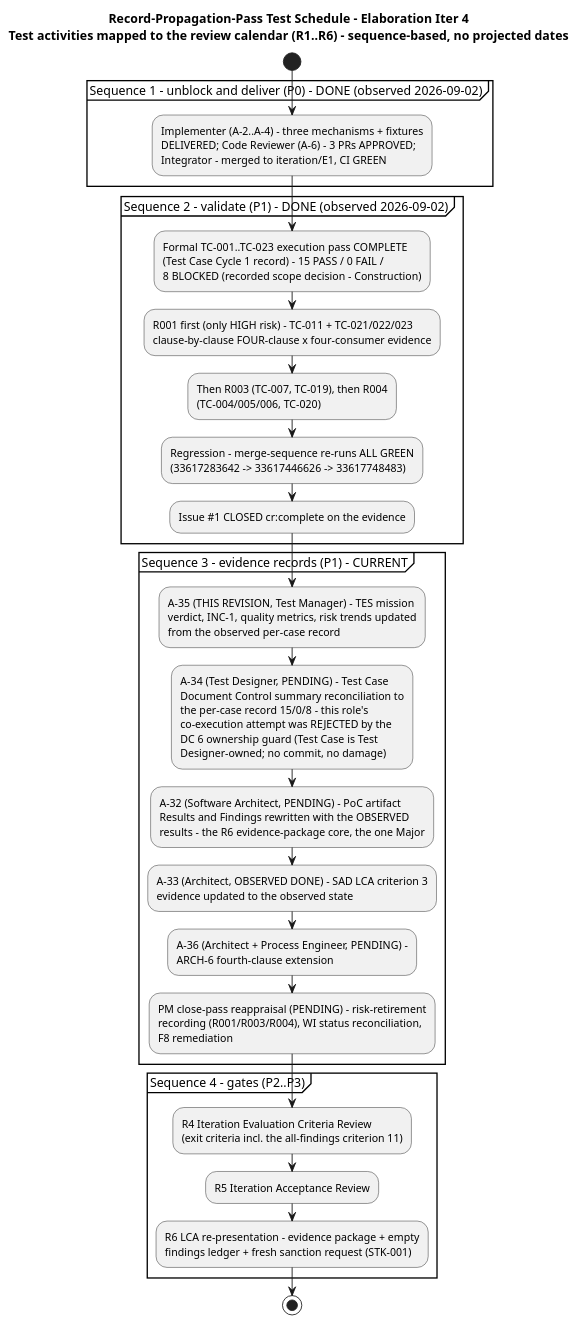
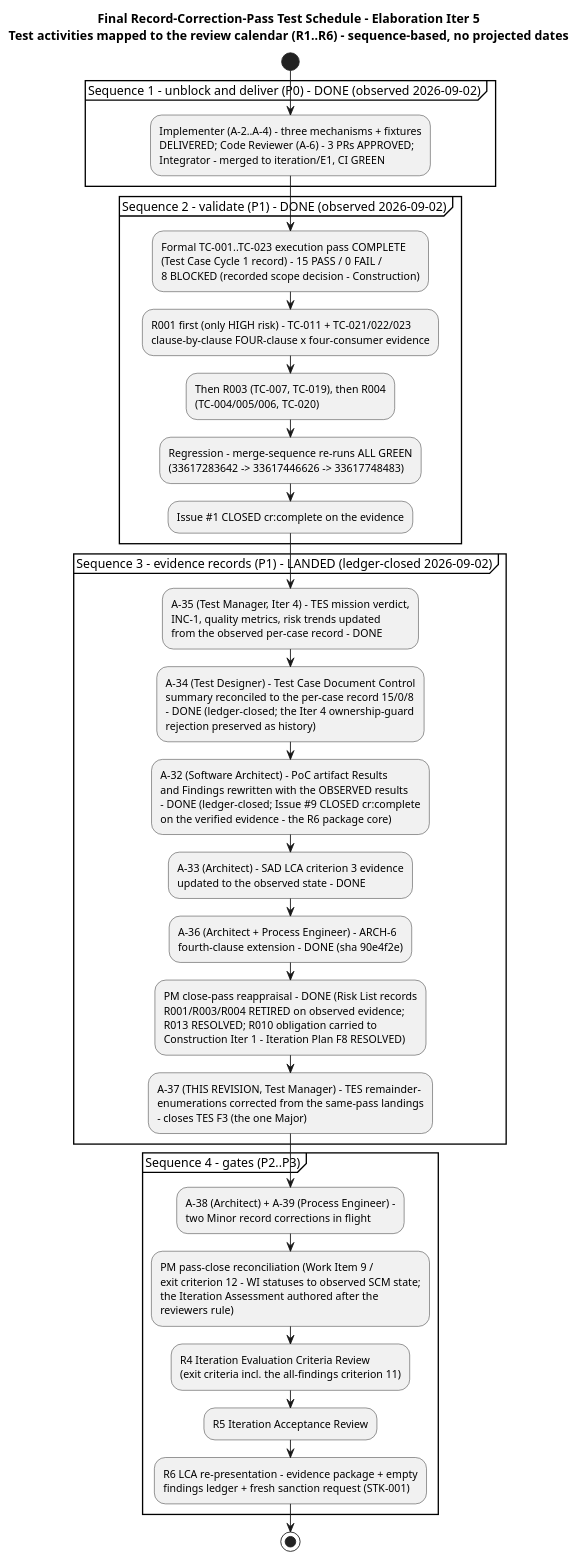
The fourth of 5 diagrams in docs/artifacts/test/test-evaluation-summary.md (banense-test/employee-portal), drawn with PlantUML before and after one commit. The commit also changed other lines of this file, not shown here.

First line of the commit message:
Test Manager [E5]: upsert Test Evaluation Summary

````diff
--- a/docs/artifacts/test/test-evaluation-summary.md
+++ b/docs/artifacts/test/test-evaluation-summary.md
@@ -227,31 +229,34 @@
 ```plantuml
 @startuml
-title Record-Propagation-Pass Test Schedule - Elaboration Iter 4\nTest activities mapped to the review calendar (R1..R6) - sequence-based, no projected dates
+title Final Record-Correction-Pass Test Schedule - Elaboration Iter 5\nTest activities mapped to the review calendar (R1..R6) - sequence-based, no projected dates
 
 start
 partition "Sequence 1 - unblock and deliver (P0) - DONE (observed 2026-09-02)" {
   :Implementer (A-2..A-4) - three mechanisms + fixtures\nDELIVERED; Code Reviewer (A-6) - 3 PRs APPROVED;\nIntegrator - merged to iteration/E1, CI GREEN;
 }
 partition "Sequence 2 - validate (P1) - DONE (observed 2026-09-02)" {
   :Formal TC-001..TC-023 execution pass COMPLETE\n(Test Case Cycle 1 record) - 15 PASS / 0 FAIL /\n8 BLOCKED (recorded scope decision - Construction);
   :R001 first (only HIGH risk) - TC-011 + TC-021/022/023\nclause-by-clause FOUR-clause x four-consumer evidence;
   :Then R003 (TC-007, TC-019), then R004\n(TC-004/005/006, TC-020);
   :Regression - merge-sequence re-runs ALL GREEN\n(33617283642 -> 33617446626 -> 33617748483);
   :Issue #1 CLOSED cr:complete on the evidence;
 }
-partition "Sequence 3 - evidence records (P1) - CURRENT" {
-  :A-35 (THIS REVISION, Test Manager) - TES mission\nverdict, INC-1, quality metrics, risk trends updated\nfrom the observed per-case record;
-  :A-34 (Test Designer, PENDING) - Test Case\nDocument Control summary reconciliation to\nthe per-case record 15/0/8 - this role's\nco-execution attempt was REJECTED by the\nDC 6 ownership guard (Test Case is Test\nDesigner-owned; no commit, no damage);
-  :A-32 (Software Architect, PENDING) - PoC artifact\nResults and Findings rewritten with the OBSERVED\nresults - the R6 evidence-package core, the one Major;
-  :A-33 (Architect, OBSERVED DONE) - SAD LCA criterion 3\nevidence updated to the observed state;
-  :A-36 (Architect + Process Engineer, PENDING) -\nARCH-6 fourth-clause extension;
-  :PM close-pass reappraisal (PENDING) - risk-retirement\nrecording (R001/R003/R004), WI status reconciliation,\nF8 remediation;
+partition "Sequence 3 - evidence records (P1) - LANDED (ledger-closed 2026-09-02)" {
+  :A-35 (Test Manager, Iter 4) - TES mission verdict,\nINC-1, quality metrics, risk trends updated\nfrom the observed per-case record - DONE;
+  :A-34 (Test Designer) - Test Case Document Control\nsummary reconciled to the per-case record 15/0/8\n- DONE (ledger-closed; the Iter 4 ownership-guard\nrejection preserved as history);
+  :A-32 (Software Architect) - PoC artifact Results\nand Findings rewritten with the OBSERVED results\n- DONE (ledger-closed; Issue #9 CLOSED cr:complete\non the verified evidence - the R6 package core);
+  :A-33 (Architect) - SAD LCA criterion 3 evidence\nupdated to the observed state - DONE;
+  :A-36 (Architect + Process Engineer) - ARCH-6\nfourth-clause extension - DONE (sha 90e4f2e);
+  :PM close-pass reappraisal - DONE (Risk List records\nR001/R003/R004 RETIRED on observed evidence;\nR013 RESOLVED; R010 obligation carried to\nConstruction Iter 1 - Iteration Plan F8 RESOLVED);
+  :A-37 (THIS REVISION, Test Manager) - TES remainder-\nenumerations corrected from the same-pass landings\n- closes TES F3 (the one Major);
 }
 partition "Sequence 4 - gates (P2..P3)" {
+  :A-38 (Architect) + A-39 (Process Engineer) -\ntwo Minor record corrections in flight;
+  :PM pass-close reconciliation (Work Item 9 /\nexit criterion 12 - WI statuses to observed SCM state;\nthe Iteration Assessment authored after the\nreviewers rule);
   :R4 Iteration Evaluation Criteria Review\n(exit criteria incl. the all-findings criterion 11);
   :R5 Iteration Acceptance Review;
   :R6 LCA re-presentation - evidence package + empty\nfindings ledger + fresh sanction request (STK-001);
 }
 stop
 @enduml
 ```
````
